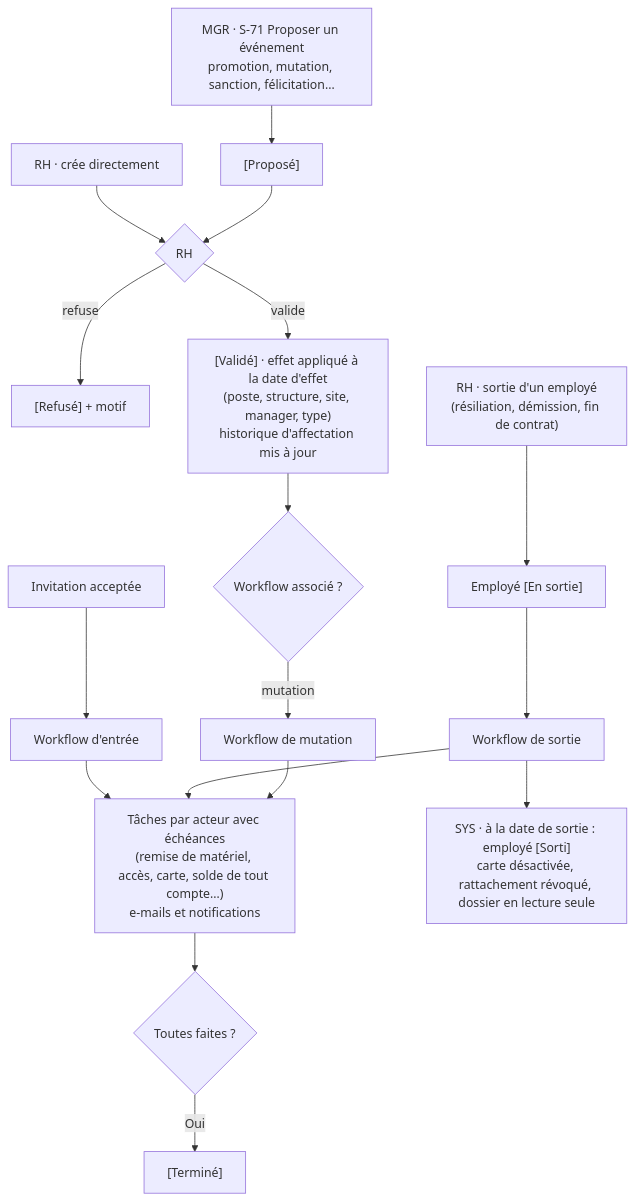
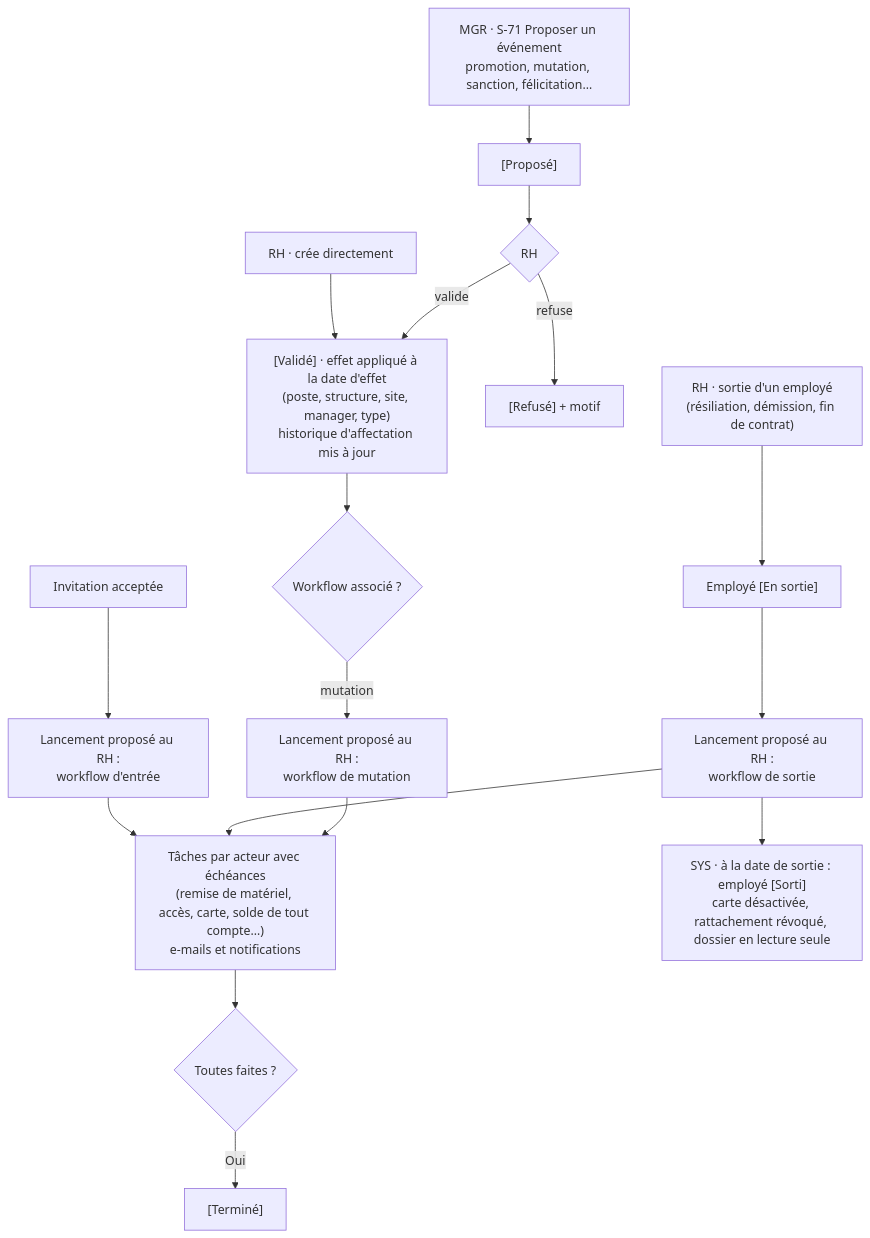
One commit to riyadaOne/fluxyrh-docs changed diagram 17 of 21 in 01-specifications/APPFLOW.md. Above: the diagram before and after it, drawn with Mermaid. The commit also changed other lines of this file and 21 other files, not shown here.

````diff
--- a/01-specifications/APPFLOW.md
+++ b/01-specifications/APPFLOW.md
@@ -479,16 +501,16 @@
 ```mermaid
 flowchart TD
     A["MGR · S-71 Proposer un événement<br/>promotion, mutation, sanction, félicitation…"] --> B["[Proposé]"]
-    A2[RH · crée directement] --> C
+    A2[RH · crée directement] --> V
     B --> C{RH}
     C -- refuse --> R["[Refusé] + motif"]
     C -- valide --> V["[Validé] · effet appliqué à la date d'effet<br/>(poste, structure, site, manager, type)<br/>historique d'affectation mis à jour"]
     V --> W{Workflow associé ?}
-    W -- mutation --> WM[Workflow de mutation]
-    S["RH · sortie d'un employé<br/>(résiliation, démission, fin de contrat)"] --> ES["Employé [En sortie]"] --> WS[Workflow de sortie]
-    I[Invitation acceptée] --> WE[Workflow d'entrée]
+    W -- mutation --> WM[Lancement proposé au RH :<br/>workflow de mutation]
+    S["RH · sortie d'un employé<br/>(résiliation, démission, fin de contrat)"] --> ES["Employé [En sortie]"] --> WS[Lancement proposé au RH :<br/>workflow de sortie]
+    I[Invitation acceptée] --> WE[Lancement proposé au RH :<br/>workflow d'entrée]
     WE & WS & WM --> T["Tâches par acteur avec échéances<br/>(remise de matériel, accès, carte, solde de tout compte…)<br/>e-mails et notifications"]
     T --> FIN{Toutes faites ?}
     FIN -- Oui --> DONE["[Terminé]"]
     WS --> OUT["SYS · à la date de sortie : employé [Sorti]<br/>carte désactivée, rattachement révoqué, dossier en lecture seule"]
 ```
````
